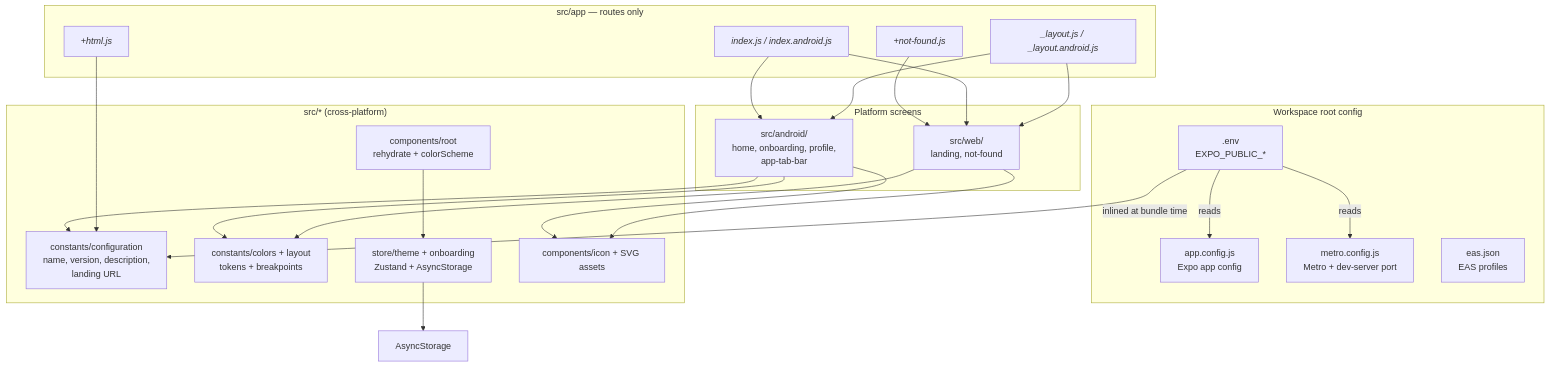
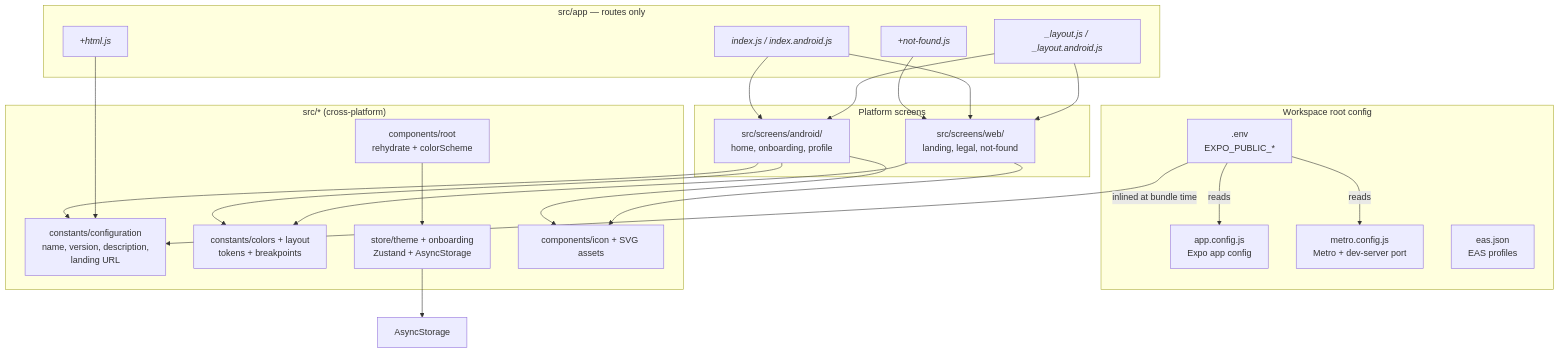
One commit to yuriusuonly/tiptap changed the first of 4 diagrams in CONTRIBUTING.md. Above: the diagram before and after it, drawn with Mermaid. The commit also changed 21 other files, not shown here.

First line of the commit message:
(refactor) unify screens under src/screens and move android components

````diff
--- a/CONTRIBUTING.md
+++ b/CONTRIBUTING.md
@@ -26,47 +26,47 @@
 ```mermaid
 flowchart TB
     subgraph Config["Workspace root config"]
         ENV[".env<br/>EXPO_PUBLIC_*"]
         APPJS["app.config.js<br/>Expo app config"]
         METRO["metro.config.js<br/>Metro + dev-server port"]
         EAS["eas.json<br/>EAS profiles"]
     end
 
     ENV -->|reads| APPJS
     ENV -->|reads| METRO
     ENV -->|inlined at bundle time| CONF
 
     subgraph APP["src/app — routes only"]
         LAYOUT["<i>_layout.js / _layout.android.js</i>"]
         INDEX["<i>index.js / index.android.js</i>"]
         HTML["<i>+html.js</i>"]
         NF["<i>+not-found.js</i>"]
     end
 
     subgraph PLATFORM["Platform screens"]
-        WEBF["src/web/<br/>landing, not-found"]
-        ANDF["src/android/<br/>home, onboarding, profile,<br/>app-tab-bar"]
+        WEBF["src/screens/web/<br/>landing, legal, not-found"]
+        ANDF["src/screens/android/<br/>home, onboarding, profile"]
     end
 
     subgraph SHARED["src/* (cross-platform)"]
         CONF["constants/configuration<br/>name, version, description,<br/>landing URL"]
         TOKENS["constants/colors + layout<br/>tokens + breakpoints"]
         ROOT["components/root<br/>rehydrate + colorScheme"]
         STORE["store/theme + onboarding<br/>Zustand + AsyncStorage"]
         ICON["components/icon + SVG assets"]
     end
 
     LAYOUT --> WEBF
     LAYOUT --> ANDF
     INDEX --> WEBF
     INDEX --> ANDF
     NF --> WEBF
     HTML --> CONF
     ANDF --> CONF
     ROOT --> STORE
     STORE --> CFG[AsyncStorage]
     WEBF --> ICON
     ANDF --> ICON
     WEBF --> TOKENS
     ANDF --> TOKENS
 ```
````
